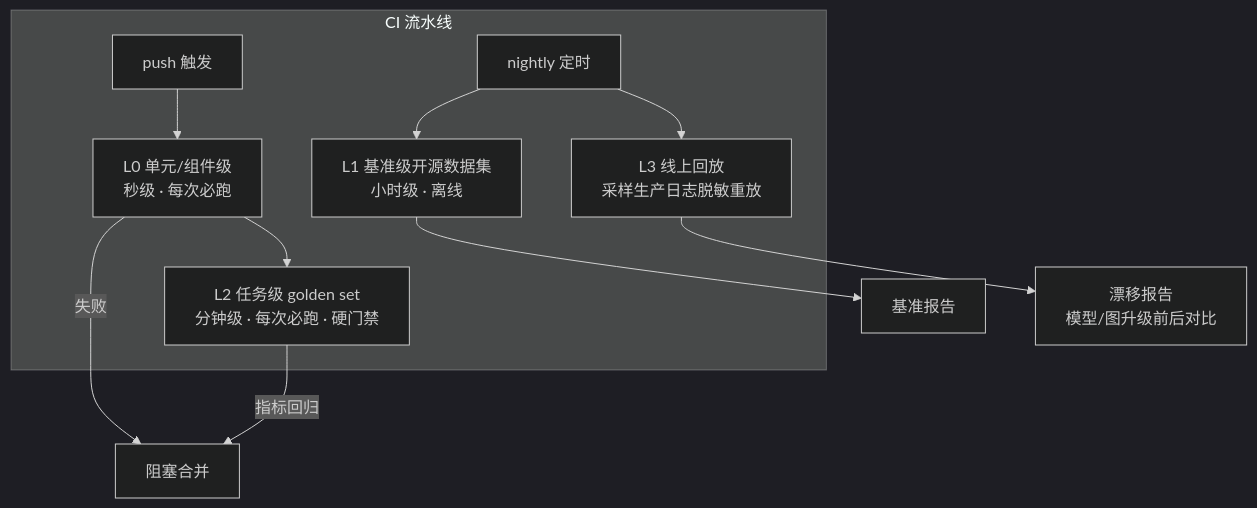
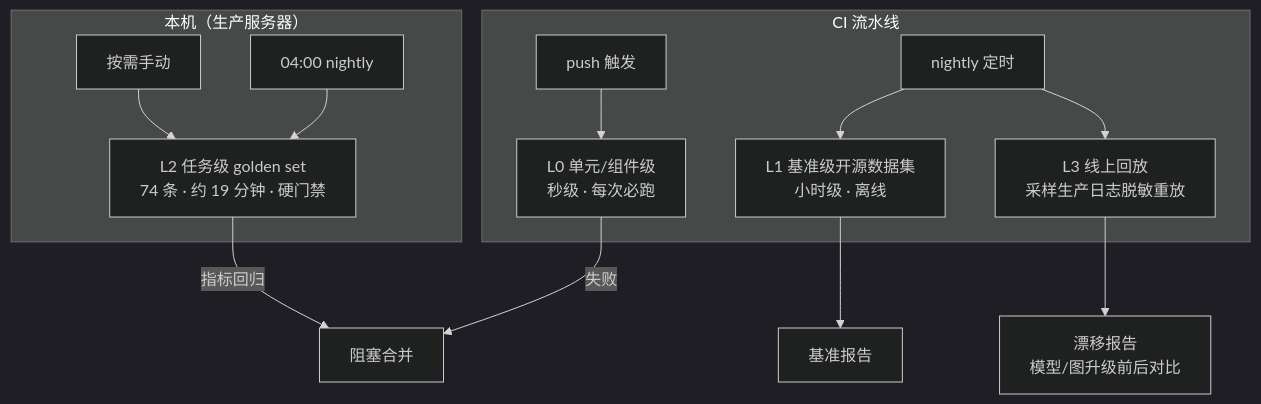
One commit to BigLeopardCat/saudade-blog-agent changed the first of 2 diagrams in docs/eval-observability.md. Above: the diagram before and after it, drawn with Mermaid (dark theme). The commit also changed other lines of this file and 3 other files, not shown here.

````diff
--- a/docs/eval-observability.md
+++ b/docs/eval-observability.md
@@ -59,13 +59,16 @@
 ```mermaid
 flowchart TB
     subgraph CI[CI 流水线]
         P0[push 触发] --> L0[L0 单元/组件级<br/>秒级 · 每次必跑]
-        L0 --> L2[L2 任务级 golden set<br/>分钟级 · 每次必跑 · 硬门禁]
         N[nightly 定时] --> L1[L1 基准级开源数据集<br/>小时级 · 离线]
         N --> L3[L3 线上回放<br/>采样生产日志脱敏重放]
+    end
+    subgraph LOCAL[本机（生产服务器）]
+        P1[按需手动] --> L2[L2 任务级 golden set<br/>74 条 · 约 19 分钟 · 硬门禁]
+        N2[04:00 nightly] --> L2
     end
     L0 -->|失败| BLOCK[阻塞合并]
     L2 -->|指标回归| BLOCK
     L1 --> R1[基准报告]
     L3 --> R2[漂移报告<br/>模型/图升级前后对比]
 ```
````
